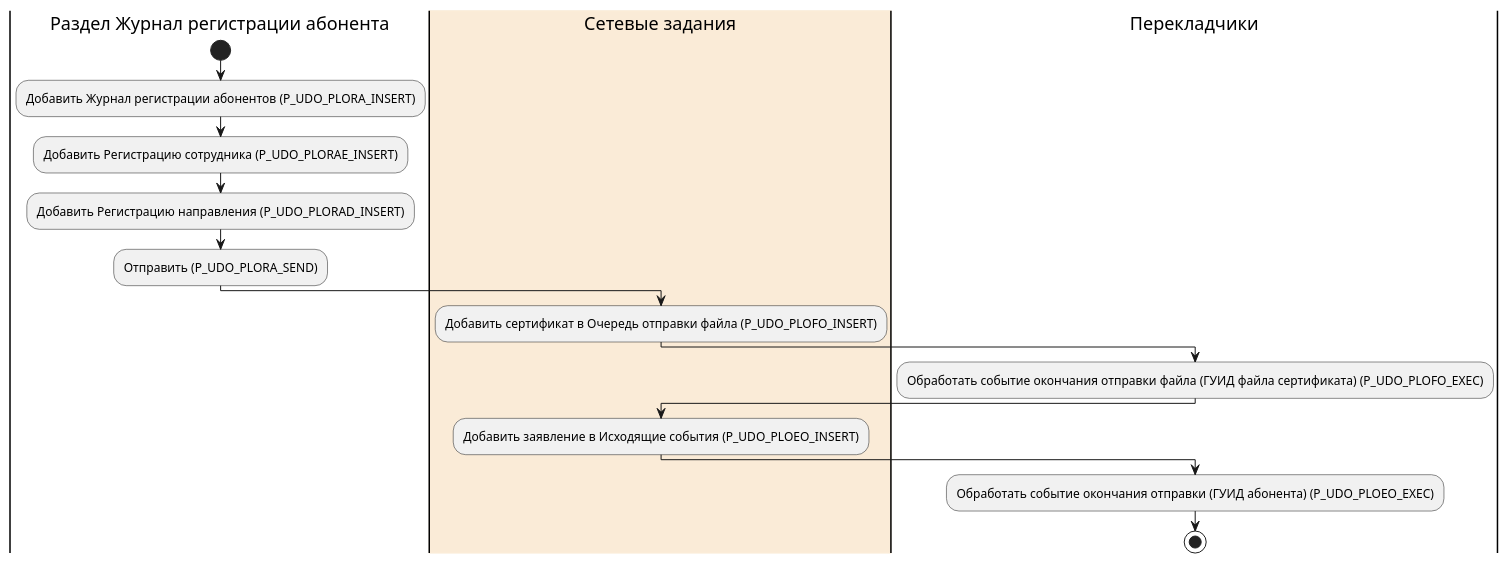
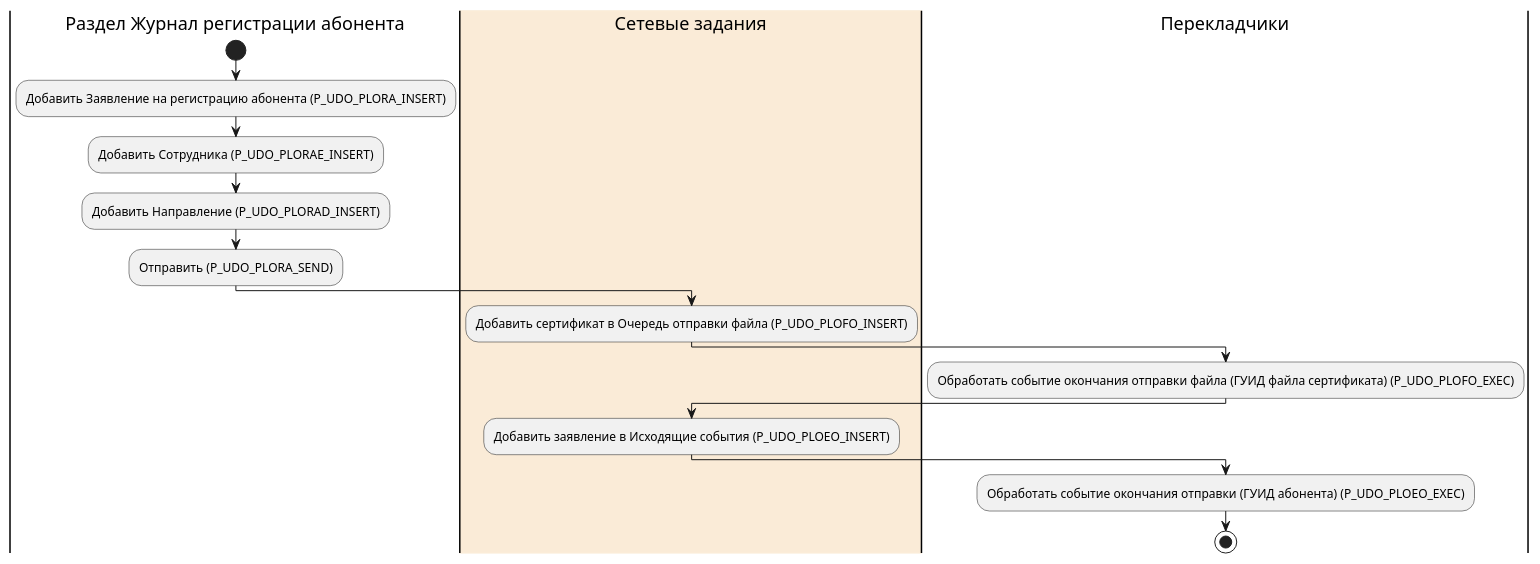
The diagram in udo_plora_activities.puml (citpb/platform-astral-schemes), drawn with PlantUML before and after one commit.

Commit message:
Update udo_plora_activities.puml
Исправлены надписи действий.

```diff
--- a/udo_plora_activities.puml
+++ b/udo_plora_activities.puml
@@ -1,17 +1,17 @@
 @startuml
 |Раздел Журнал регистрации абонента|
 start
-:Добавить Журнал регистрации абонентов (P_UDO_PLORA_INSERT);
-:Добавить Регистрацию сотрудника (P_UDO_PLORAE_INSERT);
-:Добавить Регистрацию направления (P_UDO_PLORAD_INSERT);
+:Добавить Заявление на регистрацию абонента (P_UDO_PLORA_INSERT);
+:Добавить Сотрудника (P_UDO_PLORAE_INSERT);
+:Добавить Направление (P_UDO_PLORAD_INSERT);
 :Отправить (P_UDO_PLORA_SEND); 
 |#AntiqueWhite|Сетевые задания|
 :Добавить сертификат в Очередь отправки файла (P_UDO_PLOFO_INSERT);
 |Перекладчики|
 :Обработать событие окончания отправки файла (ГУИД файла сертификата) (P_UDO_PLOFO_EXEC);
 |Сетевые задания|
 :Добавить заявление в Исходящие события (P_UDO_PLOEO_INSERT);
 |Перекладчики|
 :Обработать событие окончания отправки (ГУИД абонента) (P_UDO_PLOEO_EXEC);
 stop
 @enduml
```
